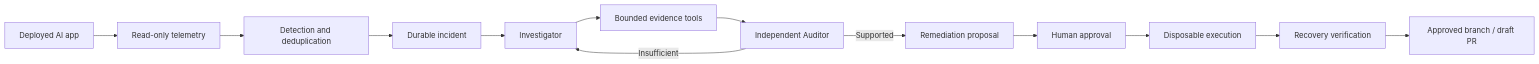
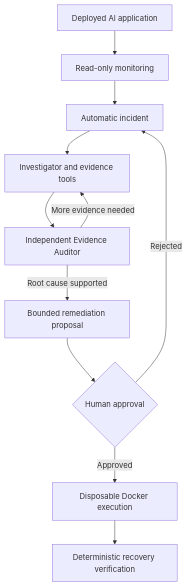
Before and after one commit to 23f3001800/TraceRoot: the diagram in README.md, drawn with Mermaid. The commit also changed other lines of this file and 3 other files, not shown here.

````diff
--- a/README.md
+++ b/README.md
@@ -44,15 +44,18 @@
 ```mermaid
-flowchart LR
-    APP[Deployed AI app] --> OBS[Read-only telemetry]
-    OBS --> DET[Detection and deduplication]
-    DET --> INC[Durable incident]
-    INC --> INV[Investigator]
-    INV --> E[Bounded evidence tools]
-    E --> AUD[Independent Auditor]
-    AUD -->|Insufficient| INV
-    AUD -->|Supported| PLAN[Remediation proposal]
-    PLAN --> HUMAN[Human approval]
-    HUMAN --> DOCKER[Disposable execution]
-    DOCKER --> VERIFY[Recovery verification]
-    VERIFY --> PR[Approved branch / draft PR]
+flowchart TD
+    A[Deployed AI application]
+    B[Read-only monitoring]
+    C[Automatic incident]
+    D[Investigator and evidence tools]
+    E[Independent Evidence Auditor]
+    F[Bounded remediation proposal]
+    G{Human approval}
+    H[Disposable Docker execution]
+    I[Deterministic recovery verification]
+
+    A --> B --> C --> D --> E
+    E -->|More evidence needed| D
+    E -->|Root cause supported| F --> G
+    G -->|Approved| H --> I
+    G -->|Rejected| C
 ```
````
